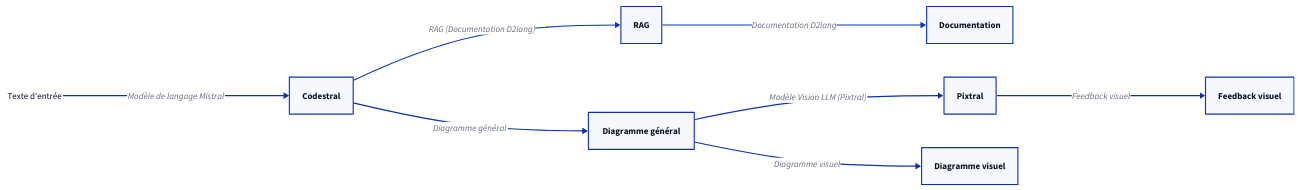
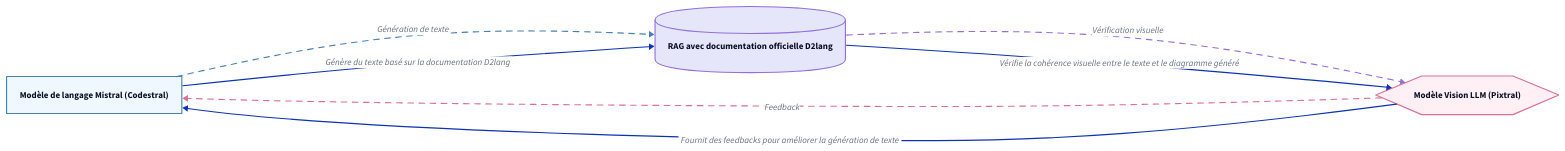
One commit to Ibne29/d2lang-vision-llm changed the diagram in out/diagram_iter2.d2. Above: the diagram before and after it, drawn with D2. The commit also changed 17 other files, not shown here.

```diff
--- a/out/diagram_iter2.d2
+++ b/out/diagram_iter2.d2
@@ -1,50 +1,66 @@
 direction: right
 
-# Pipeline de documentation et de visualisation
+# Pipeline de génération de diagrammes D2
 
-## Entrée
-Texte d'entrée: {
-  shape: text
+## Modèle de langage Mistral (Codestral)
+Mistral: {
+  shape: rectangle
+  style: {
+    fill: "#f0f8ff"
+    stroke: "#4682b4"
+    stroke-width: 2
+  }
+  label: "Modèle de langage Mistral (Codestral)"
 }
 
-## Codestral
-Texte d'entrée -> Codestral: {
-  shape: oval
-  label: "Modèle de langage Mistral"
+## RAG avec documentation officielle D2lang
+RAG: {
+  shape: cylinder
+  style: {
+    fill: "#e6e6fa"
+    stroke: "#9370db"
+    stroke-width: 2
+  }
+  label: "RAG avec documentation officielle D2lang"
 }
 
-## RAG
-Codestral -> RAG: {
-  shape: oval
-  label: "RAG (Documentation D2lang)"
-}
-
-## Documentation
-RAG -> Documentation: {
-  shape: oval
-  label: "Documentation D2lang"
-}
-
-## Diagramme général
-Codestral -> Diagramme général: {
-  shape: oval
-  label: "Diagramme général"
-}
-
-## Pixtral
-Diagramme général -> Pixtral: {
-  shape: oval
+## Modèle Vision LLM (Pixtral)
+Pixtral: {
+  shape: hexagon
+  style: {
+    fill: "#fff0f5"
+    stroke: "#db7093"
+    stroke-width: 2
+  }
   label: "Modèle Vision LLM (Pixtral)"
 }
 
-## Feedback visuel
-Pixtral -> Feedback visuel: {
-  shape: oval
-  label: "Feedback visuel"
+## Flux de travail
+Mistral -> RAG: {
+  label: "Génération de texte"
+  style: {
+    stroke: "#4682b4"
+    stroke-dash: 5
+  }
 }
 
-## Diagramme visuel
-Diagramme général -> Diagramme visuel: {
-  shape: oval
-  label: "Diagramme visuel"
+RAG -> Pixtral: {
+  label: "Vérification visuelle"
+  style: {
+    stroke: "#9370db"
+    stroke-dash: 5
+  }
 }
+
+Pixtral -> Mistral: {
+  label: "Feedback"
+  style: {
+    stroke: "#db7093"
+    stroke-dash: 5
+  }
+}
+
+# Connections
+Mistral -> RAG: Génère du texte basé sur la documentation D2lang
+RAG -> Pixtral: Vérifie la cohérence visuelle entre le texte et le diagramme généré
+Pixtral -> Mistral: Fournit des feedbacks pour améliorer la génération de texte
```
